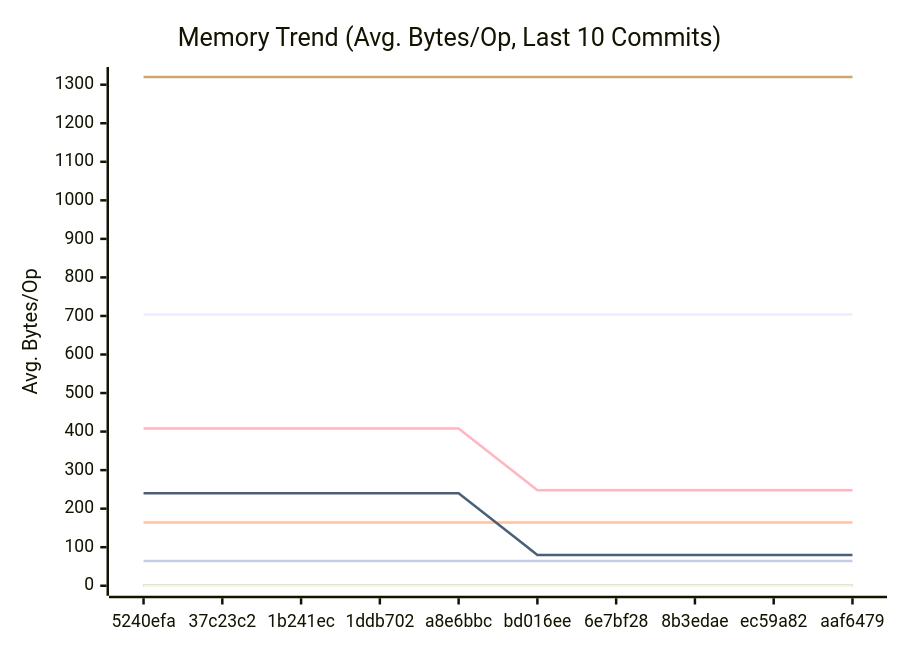
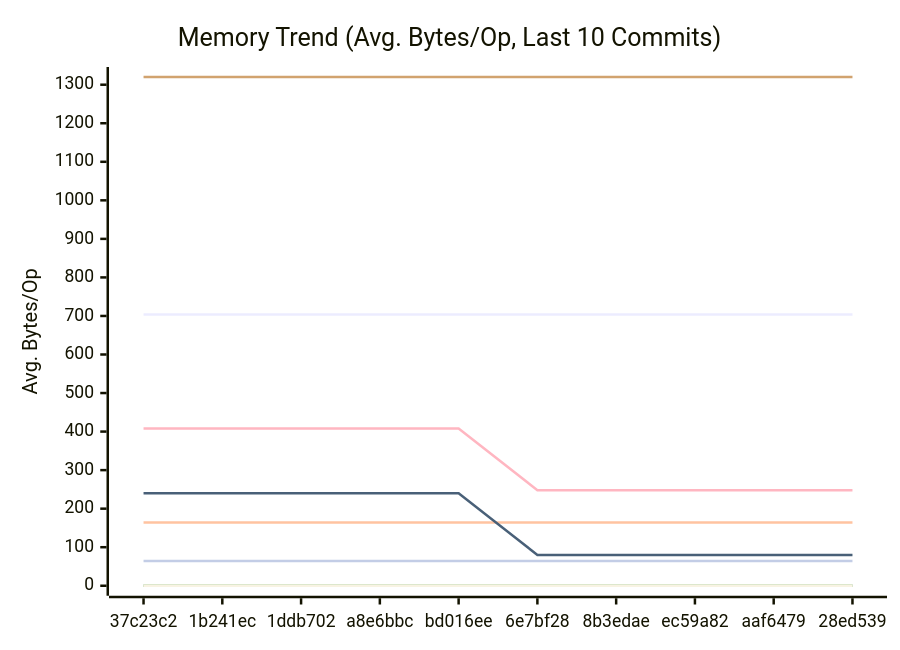
One commit to alsotoes/momo changed the second of 3 diagrams in docs/PERFORMANCE.md. Above: the diagram before and after it, drawn with Mermaid. The commit also changed other lines of this file and 5 other files, not shown here.

````diff
--- a/docs/PERFORMANCE.md
+++ b/docs/PERFORMANCE.md
@@ -152,18 +152,18 @@
 ```mermaid
 xychart-beta
     title "Memory Trend (Avg. Bytes/Op, Last 10 Commits)"
     x-axis "Commit"
     y-axis "Avg. Bytes/Op"
-    x-axis [5240efa,37c23c2,1b241ec,1ddb702,a8e6bbc,bd016ee,6e7bf28,8b3edae,ec59a82,aaf6479]
+    x-axis [37c23c2,1b241ec,1ddb702,a8e6bbc,bd016ee,6e7bf28,8b3edae,ec59a82,aaf6479,28ed539]
     line "CheckMetricsAndSwap" [0,0,0,0,0,0,0,0,0,0]
     line "CrushOptimized" [0,0,0,0,0,0,0,0,0,0]
     line "CrushOriginal" [164,164,164,164,164,164,164,164,164,164]
     line "IndexDirectTracking" [0,0,0,0,0,0,0,0,0,0]
     line "IndexSearch" [0,0,0,0,0,0,0,0,0,0]
     line "LoadGlobalConfig" [1320,1320,1320,1320,1320,1320,1320,1320,1320,1320]
     line "PadString" [64,64,64,64,64,64,64,64,64,64]
     line "ParseReplicationOrder_NoPrealloc" [408,408,408,408,408,248,248,248,248,248]
     line "ParseReplicationOrder_Prealloc" [240,240,240,240,240,80,80,80,80,80]
     line "SanitizeLog/Safe" [0,0,0,0,0,0,0,0,0,0]
     line "SanitizeLog/Unsafe" [704,704,704,704,704,704,704,704,704,704]
 ```
````
